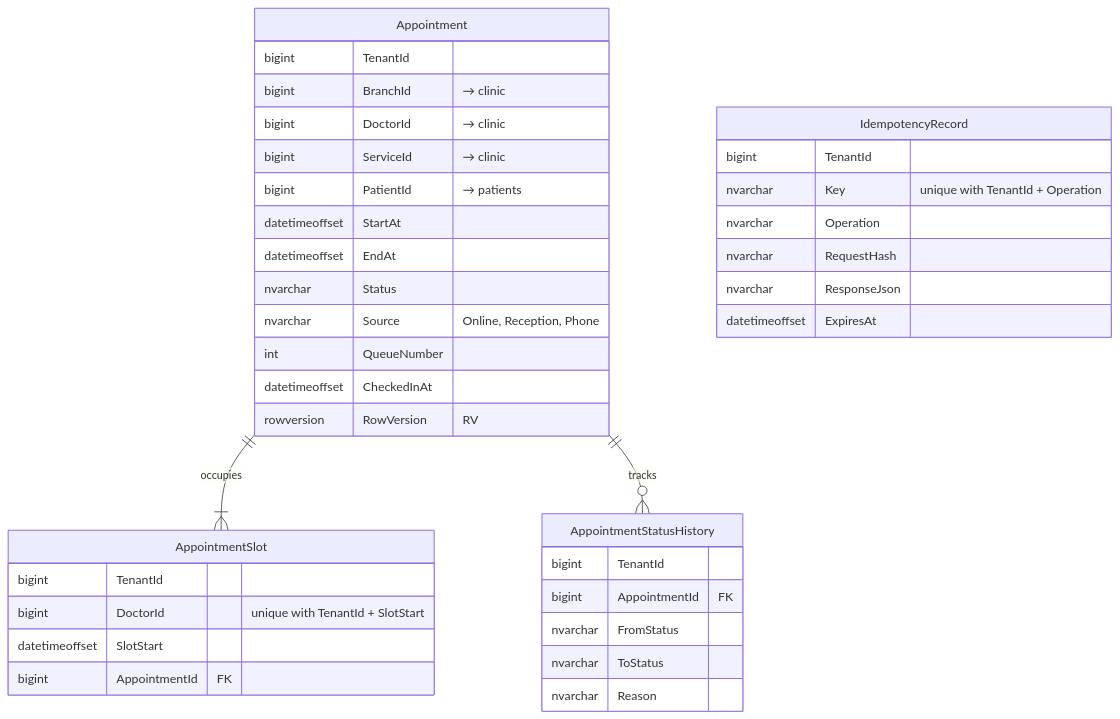
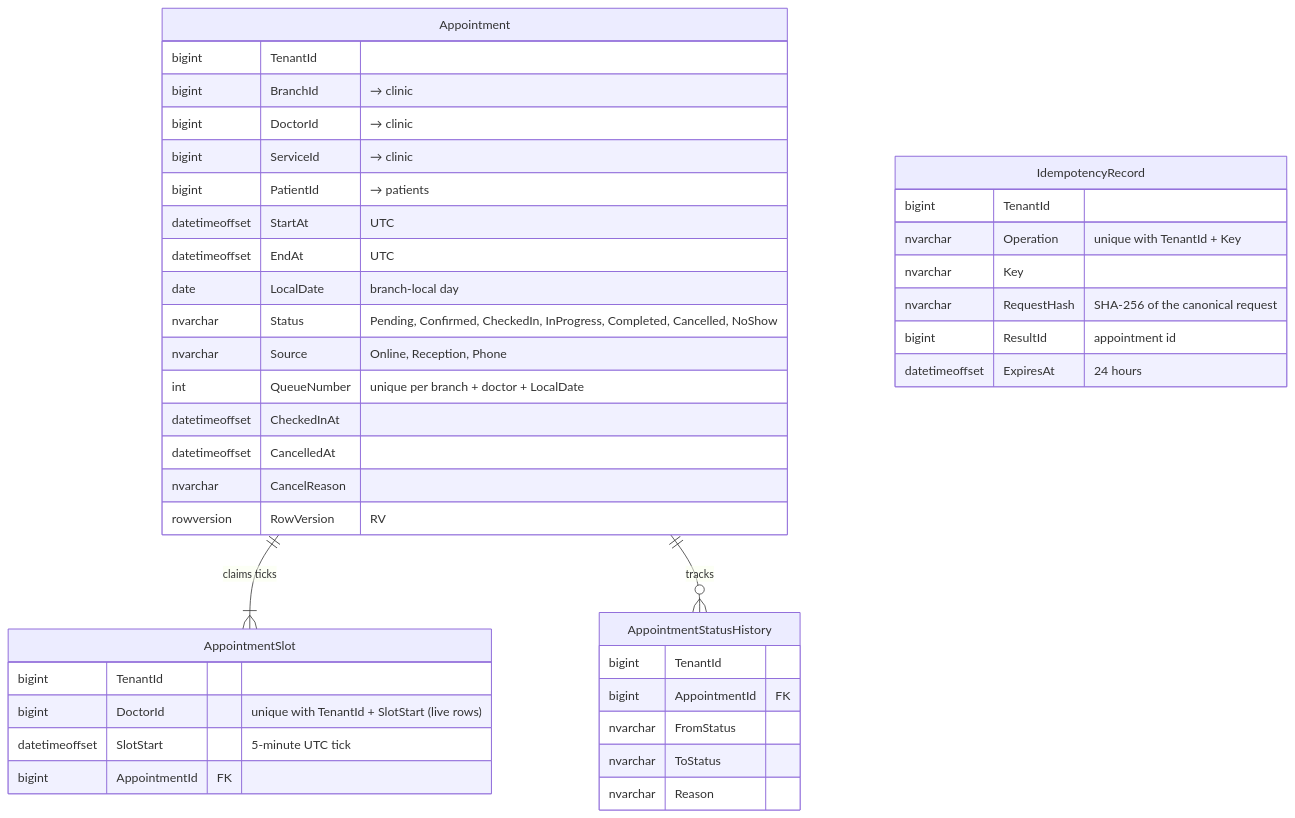
Before and after one commit to mohameabdelsalm/shifa-clinic: the fifth of 8 diagrams in docs/architecture/database-design.md, drawn with Mermaid. The commit also changed other lines of this file and 5 other files, not shown here.

````diff
--- a/docs/architecture/database-design.md
+++ b/docs/architecture/database-design.md
@@ -264,40 +266,43 @@
 ```mermaid
 erDiagram
-  Appointment ||--|{ AppointmentSlot : occupies
+  Appointment ||--|{ AppointmentSlot : "claims ticks"
   Appointment ||--o{ AppointmentStatusHistory : tracks
   Appointment {
     bigint TenantId
     bigint BranchId "→ clinic"
     bigint DoctorId "→ clinic"
     bigint ServiceId "→ clinic"
     bigint PatientId "→ patients"
-    datetimeoffset StartAt
-    datetimeoffset EndAt
-    nvarchar Status
+    datetimeoffset StartAt "UTC"
+    datetimeoffset EndAt "UTC"
+    date LocalDate "branch-local day"
+    nvarchar Status "Pending, Confirmed, CheckedIn, InProgress, Completed, Cancelled, NoShow"
     nvarchar Source "Online, Reception, Phone"
-    int QueueNumber
+    int QueueNumber "unique per branch + doctor + LocalDate"
     datetimeoffset CheckedInAt
+    datetimeoffset CancelledAt
+    nvarchar CancelReason
     rowversion RowVersion "RV"
   }
   AppointmentSlot {
     bigint TenantId
-    bigint DoctorId "unique with TenantId + SlotStart"
-    datetimeoffset SlotStart
+    bigint DoctorId "unique with TenantId + SlotStart (live rows)"
+    datetimeoffset SlotStart "5-minute UTC tick"
     bigint AppointmentId FK
   }
   AppointmentStatusHistory {
     bigint TenantId
     bigint AppointmentId FK
     nvarchar FromStatus
     nvarchar ToStatus
     nvarchar Reason
   }
   IdempotencyRecord {
     bigint TenantId
-    nvarchar Key "unique with TenantId + Operation"
-    nvarchar Operation
-    nvarchar RequestHash
-    nvarchar ResponseJson
-    datetimeoffset ExpiresAt
+    nvarchar Operation "unique with TenantId + Key"
+    nvarchar Key
+    nvarchar RequestHash "SHA-256 of the canonical request"
+    bigint ResultId "appointment id"
+    datetimeoffset ExpiresAt "24 hours"
   }
 ```
````
